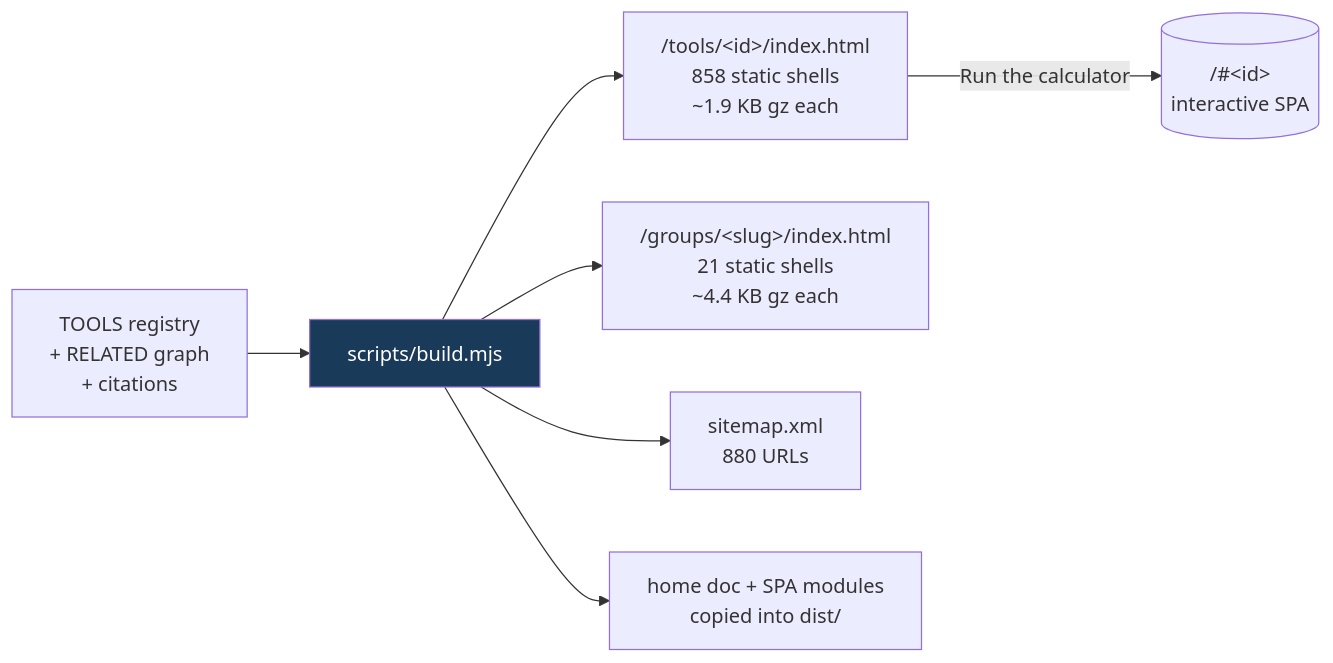
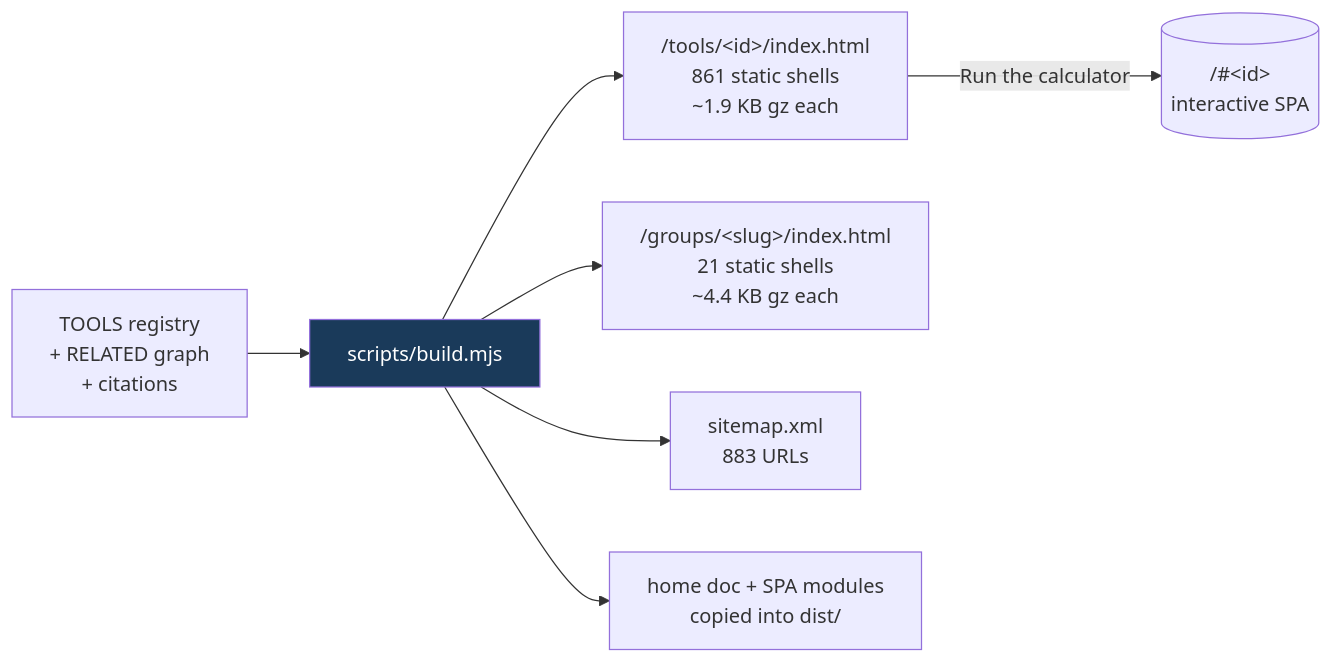
One commit to clay-good/roughlogic.com changed the fifth of 8 diagrams in README.md. Above: the diagram before and after it, drawn with Mermaid. The commit also changed other lines of this file and 20 other files, not shown here.

````diff
--- a/README.md
+++ b/README.md
@@ -495,10 +495,10 @@
 ```mermaid
 flowchart LR
     SRC[TOOLS registry\n+ RELATED graph\n+ citations] --> BUILD[scripts/build.mjs]
-    BUILD --> TILE["/tools/&lt;id&gt;/index.html\n858 static shells\n~1.9 KB gz each"]
+    BUILD --> TILE["/tools/&lt;id&gt;/index.html\n861 static shells\n~1.9 KB gz each"]
     BUILD --> GROUP["/groups/&lt;slug&gt;/index.html\n21 static shells\n~4.4 KB gz each"]
-    BUILD --> MAP["sitemap.xml\n880 URLs"]
+    BUILD --> MAP["sitemap.xml\n883 URLs"]
     BUILD --> COPY[home doc + SPA modules\ncopied into dist/]
     TILE -->|Run the calculator| SPA[("/#&lt;id&gt;\ninteractive SPA")]
     style BUILD fill:#1a3a5a,color:#fff
 ```
````
